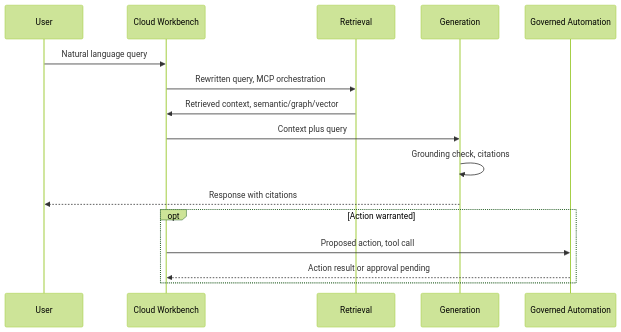
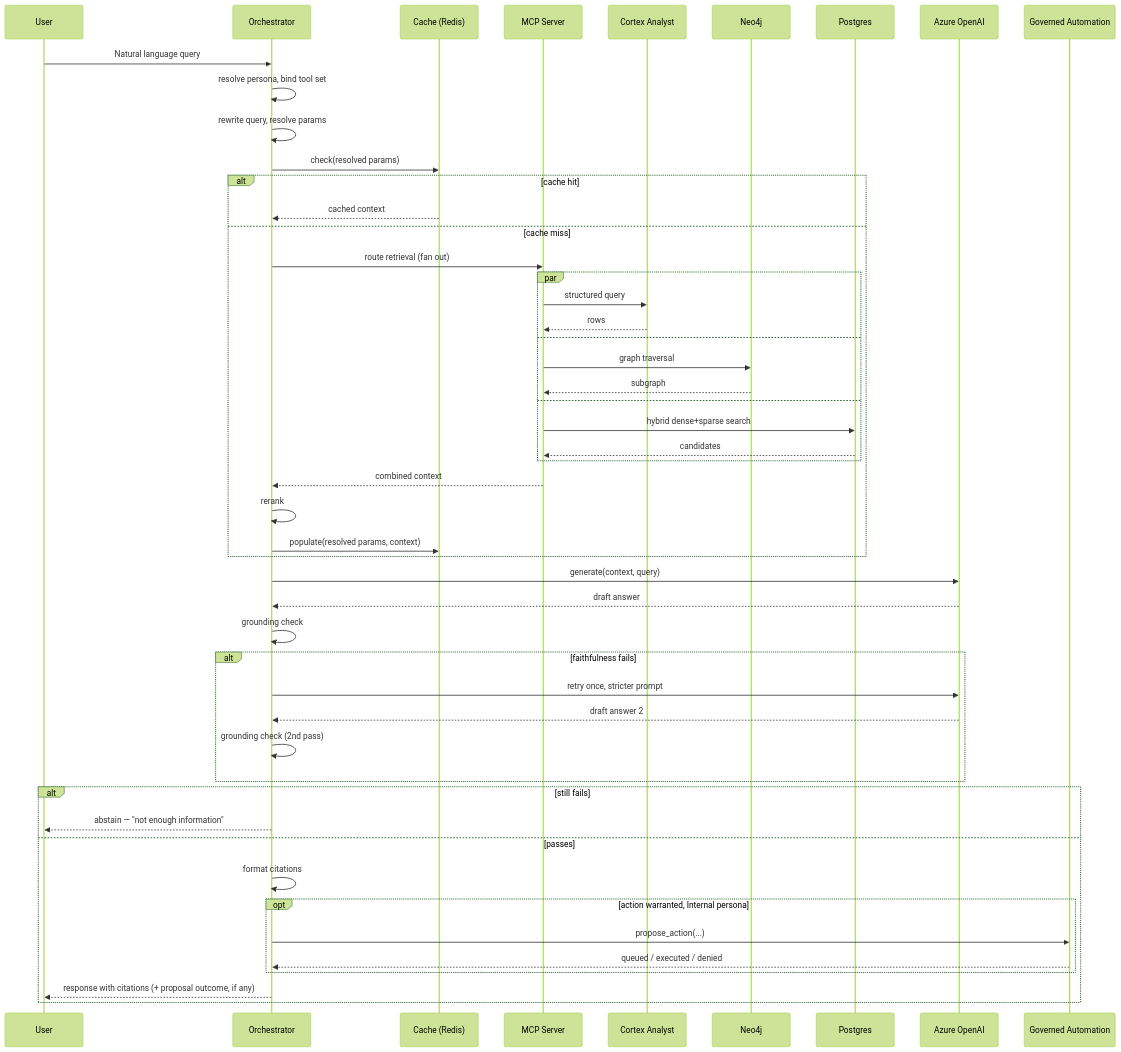
The third of 3 diagrams in docs/Solution_Architecture_Cloud_Workbench.md (mbnest/finops-intelligence-platform), drawn with Mermaid (forest theme) before and after one commit. The commit also changed other lines of this file and 2 other files, not shown here.

First line of the commit message:
Flesh out Cloud Workbench harness: diagrams, cache, query grounding

````diff
--- a/docs/Solution_Architecture_Cloud_Workbench.md
+++ b/docs/Solution_Architecture_Cloud_Workbench.md
@@ -61,19 +124,53 @@
 ```mermaid
 sequenceDiagram
     participant U as User
-    participant CW as Cloud Workbench
-    participant R as Retrieval
-    participant G as Generation
+    participant CW as Orchestrator
+    participant CACHE as Cache (Redis)
+    participant MCP as MCP Server
+    participant SF as Cortex Analyst
+    participant N4 as Neo4j
+    participant PG as Postgres
+    participant LLM as Azure OpenAI
     participant A as Governed Automation
 
     U->>CW: Natural language query
-    CW->>R: Rewritten query, MCP orchestration
-    R->>CW: Retrieved context, semantic/graph/vector
-    CW->>G: Context plus query
-    G->>G: Grounding check, citations
-    G-->>U: Response with citations
-    opt Action warranted
-        CW->>A: Proposed action, tool call
-        A-->>CW: Action result or approval pending
+    CW->>CW: resolve persona, bind tool set
+    CW->>CW: rewrite query, resolve params
+    CW->>CACHE: check(resolved params)
+    alt cache hit
+        CACHE-->>CW: cached context
+    else cache miss
+        CW->>MCP: route retrieval (fan out)
+        par
+            MCP->>SF: structured query
+            SF-->>MCP: rows
+        and
+            MCP->>N4: graph traversal
+            N4-->>MCP: subgraph
+        and
+            MCP->>PG: hybrid dense+sparse search
+            PG-->>MCP: candidates
+        end
+        MCP-->>CW: combined context
+        CW->>CW: rerank
+        CW->>CACHE: populate(resolved params, context)
+    end
+    CW->>LLM: generate(context, query)
+    LLM-->>CW: draft answer
+    CW->>CW: grounding check
+    alt faithfulness fails
+        CW->>LLM: retry once, stricter prompt
+        LLM-->>CW: draft answer 2
+        CW->>CW: grounding check (2nd pass)
+    end
+    alt still fails
+        CW-->>U: abstain — "not enough information"
+    else passes
+        CW->>CW: format citations
+        opt action warranted, Internal persona
+            CW->>A: propose_action(...)
+            A-->>CW: queued / executed / denied
+        end
+        CW-->>U: response with citations (+ proposal outcome, if any)
     end
 ```
````
